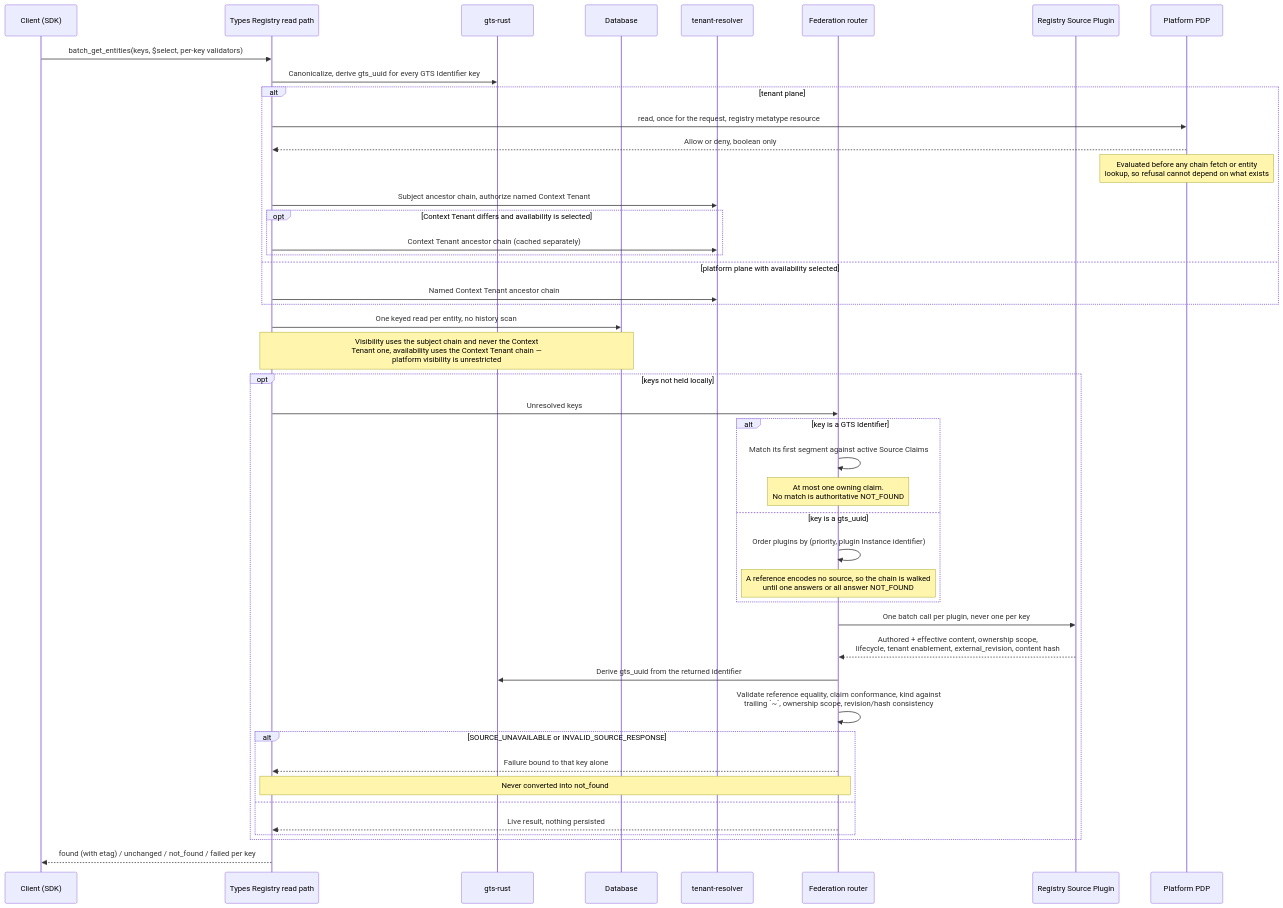
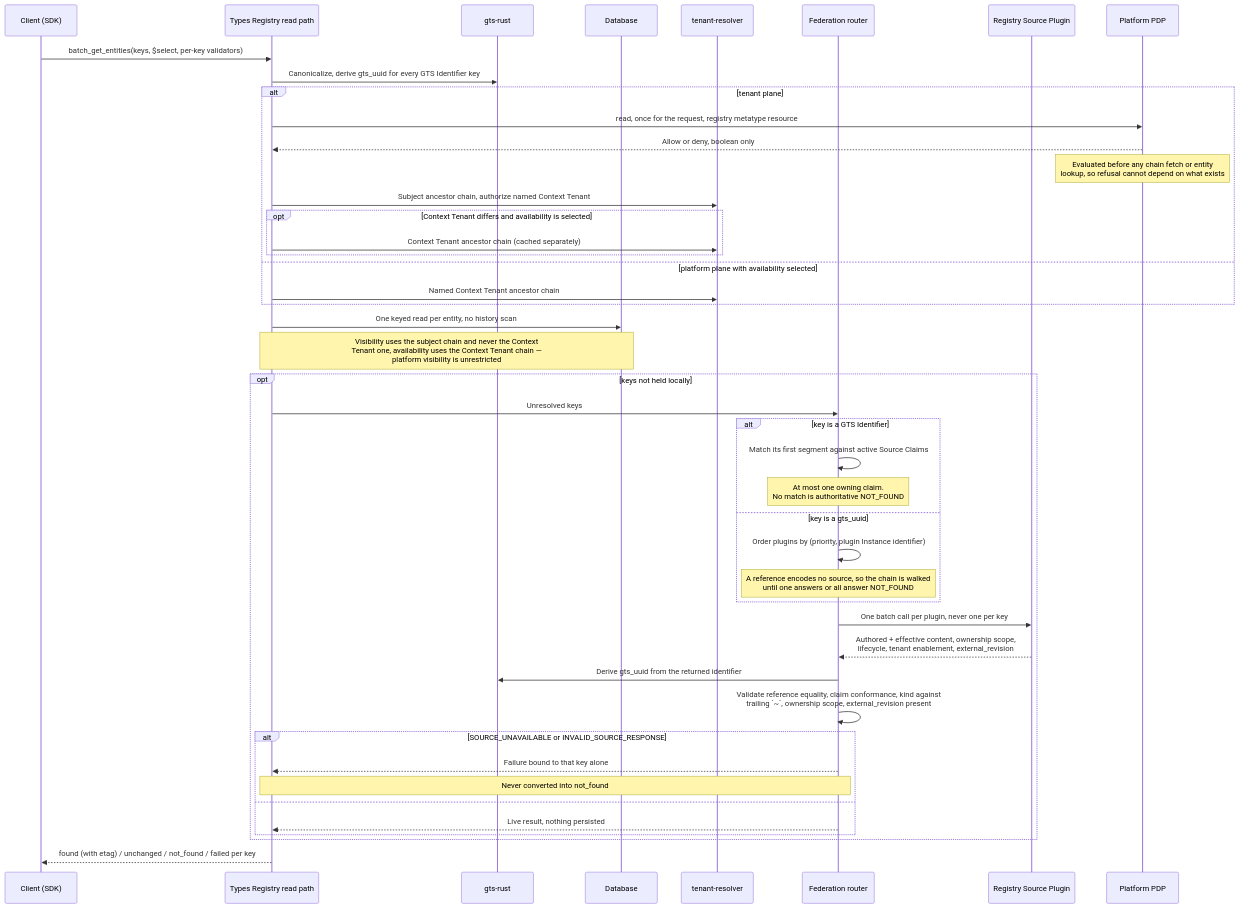
One commit to aviator5/gears-rust changed the fifth of 6 diagrams in gears/system/types-registry/docs/DESIGN.md. Above: the diagram before and after it, drawn with Mermaid. The commit also changed other lines of this file and 44 other files, not shown here.

First line of the commit message:
refactor(types-registry): remove authored content hash

````diff
--- a/gears/system/types-registry/docs/DESIGN.md
+++ b/gears/system/types-registry/docs/DESIGN.md
@@ -1996,48 +1998,48 @@
 ```mermaid
 sequenceDiagram
     participant C as Client (SDK)
     participant A as Types Registry read path
     participant G as gts-rust
     participant D as Database
     participant T as tenant-resolver
     participant R as Federation router
     participant P as Registry Source Plugin
     participant Z as Platform PDP
 
     C->>A: batch_get_entities(keys, $select, per-key validators)
     A->>G: Canonicalize, derive gts_uuid for every GTS Identifier key
     alt tenant plane
         A->>Z: read, once for the request, registry metatype resource
         Z-->>A: Allow or deny, boolean only
         Note over Z: Evaluated before any chain fetch or entity<br/>lookup, so refusal cannot depend on what exists
         A->>T: Subject ancestor chain, authorize named Context Tenant
         opt Context Tenant differs and availability is selected
             A->>T: Context Tenant ancestor chain (cached separately)
         end
     else platform plane with availability selected
         A->>T: Named Context Tenant ancestor chain
     end
     A->>D: One keyed read per entity, no history scan
     Note over A,D: Visibility uses the subject chain and never the Context<br/>Tenant one, availability uses the Context Tenant chain —<br/>platform visibility is unrestricted
     opt keys not held locally
         A->>R: Unresolved keys
         alt key is a GTS Identifier
             R->>R: Match its first segment against active Source Claims
             Note over R: At most one owning claim.<br/>No match is authoritative NOT_FOUND
         else key is a gts_uuid
             R->>R: Order plugins by (priority, plugin Instance identifier)
             Note over R: A reference encodes no source, so the chain is walked<br/>until one answers or all answer NOT_FOUND
         end
         R->>P: One batch call per plugin, never one per key
-        P-->>R: Authored + effective content, ownership scope,<br/>lifecycle, tenant enablement, external_revision, content hash
+        P-->>R: Authored + effective content, ownership scope,<br/>lifecycle, tenant enablement, external_revision
         R->>G: Derive gts_uuid from the returned identifier
-        R->>R: Validate reference equality, claim conformance, kind against<br/>trailing `~`, ownership scope, revision/hash consistency
+        R->>R: Validate reference equality, claim conformance, kind against<br/>trailing `~`, ownership scope, external_revision present
         alt SOURCE_UNAVAILABLE or INVALID_SOURCE_RESPONSE
             R-->>A: Failure bound to that key alone
             Note over R,A: Never converted into not_found
         else
             R-->>A: Live result, nothing persisted
         end
     end
     A-->>C: found (with etag) / unchanged / not_found / failed per key
 ```
````
